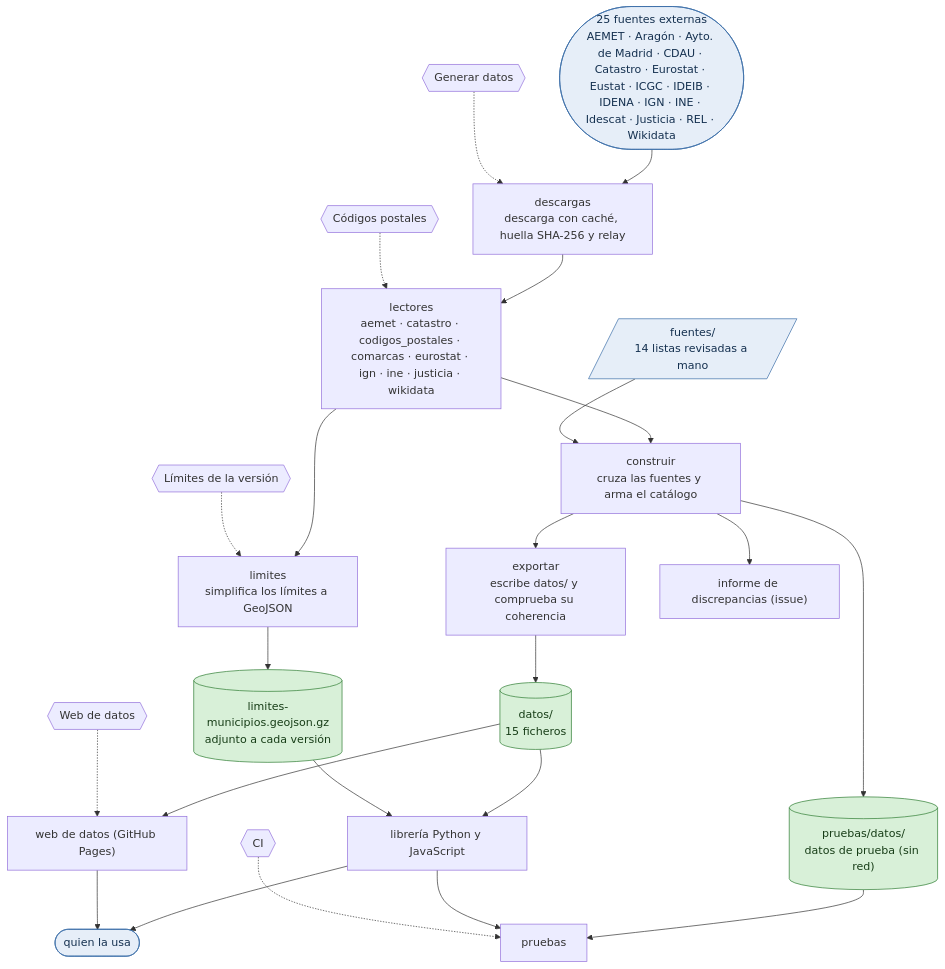
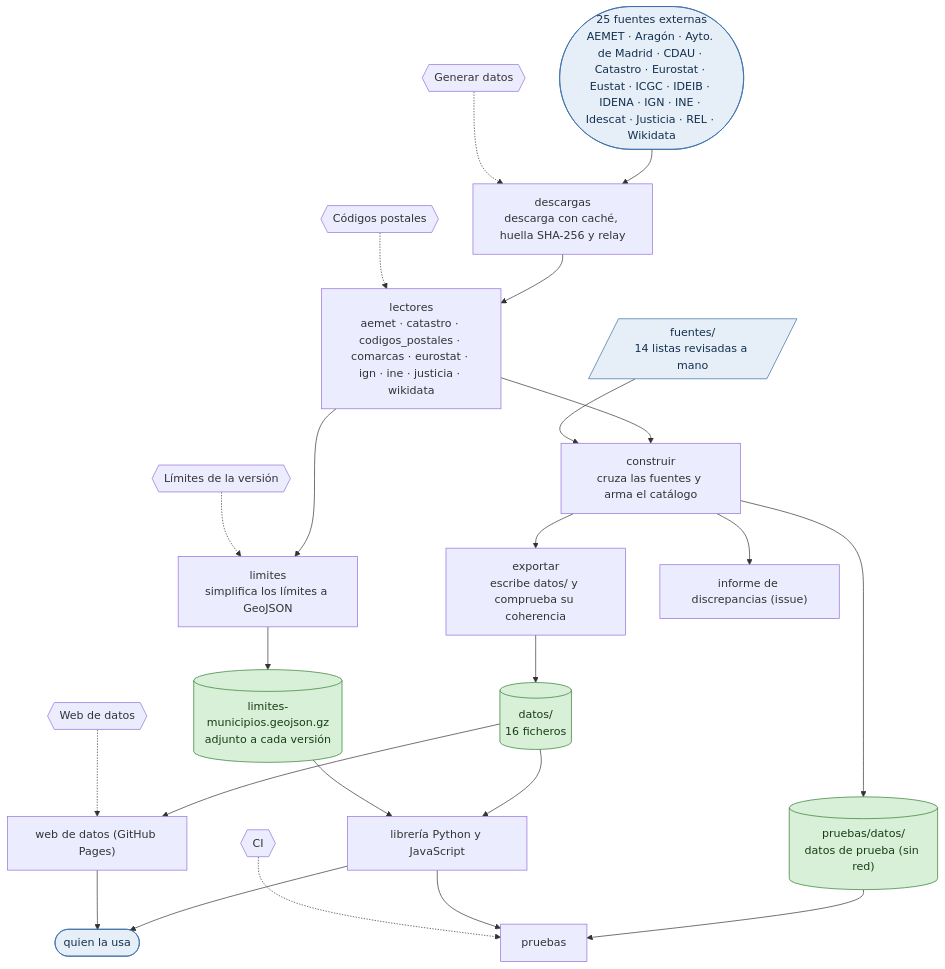
The fourth of 6 diagrams in docs/estado.md (alertapublica/territorios-es), drawn with Mermaid before and after one commit. The commit also changed other lines of this file and 7 other files, not shown here.

````diff
--- a/docs/estado.md
+++ b/docs/estado.md
@@ -141,45 +141,45 @@
 ```mermaid
 flowchart TB
   accTitle: Repositorio
   ext(["25 fuentes externas<br>AEMET · Aragón · Ayto. de Madrid · CDAU · Catastro · Eurostat · Eustat · ICGC · IDEIB · IDENA · IGN · INE · Idescat · Justicia · REL · Wikidata"])
   hand[/"fuentes/<br>14 listas revisadas a mano"/]
   descargas["descargas<br>descarga con caché, huella SHA-256 y relay"]
   readers["lectores<br>aemet · catastro · codigos_postales · comarcas · eurostat · ign · ine · justicia · wikidata"]
   construir["construir<br>cruza las fuentes y arma el catálogo"]
   exportar["exportar<br>escribe datos/ y comprueba su coherencia"]
   limites["limites<br>simplifica los límites a GeoJSON"]
-  datos[("datos/<br>15 ficheros")]
+  datos[("datos/<br>16 ficheros")]
   geo[("limites-municipios.geojson.gz<br>adjunto a cada versión")]
   report["informe de discrepancias (issue)"]
   lib["librería Python y JavaScript"]
   web["web de datos (GitHub Pages)"]
   users(["quien la usa"])
   fixture[("pruebas/datos/<br>datos de prueba (sin red)")]
   tests["pruebas"]
   ext --> descargas --> readers --> construir --> exportar --> datos
   hand --> construir
   readers --> limites --> geo
   construir --> report
   datos --> lib
   geo --> lib
   datos --> web
   lib --> users
   web --> users
   construir --> fixture --> tests
   lib --> tests
   wf_ci_yml{{"CI"}}
   wf_generar_yml{{"Generar datos"}}
   wf_codigos_postales_yml{{"Códigos postales"}}
   wf_limites_yml{{"Límites de la versión"}}
   wf_pages_yml{{"Web de datos"}}
   wf_generar_yml -.-> descargas
   wf_codigos_postales_yml -.-> readers
   wf_limites_yml -.-> limites
   wf_pages_yml -.-> web
   wf_ci_yml -.-> tests
   class datos,geo,fixture done
   class ext,hand,users box
   classDef done fill:#d8f0d8,stroke:#2e7d32,color:#173d17
   classDef todo fill:#fdecc8,stroke:#b26a00,color:#4a2c00,stroke-dasharray:4 3
   classDef box fill:#e6eef8,stroke:#3b6ea8,color:#14304f
 ```
````
